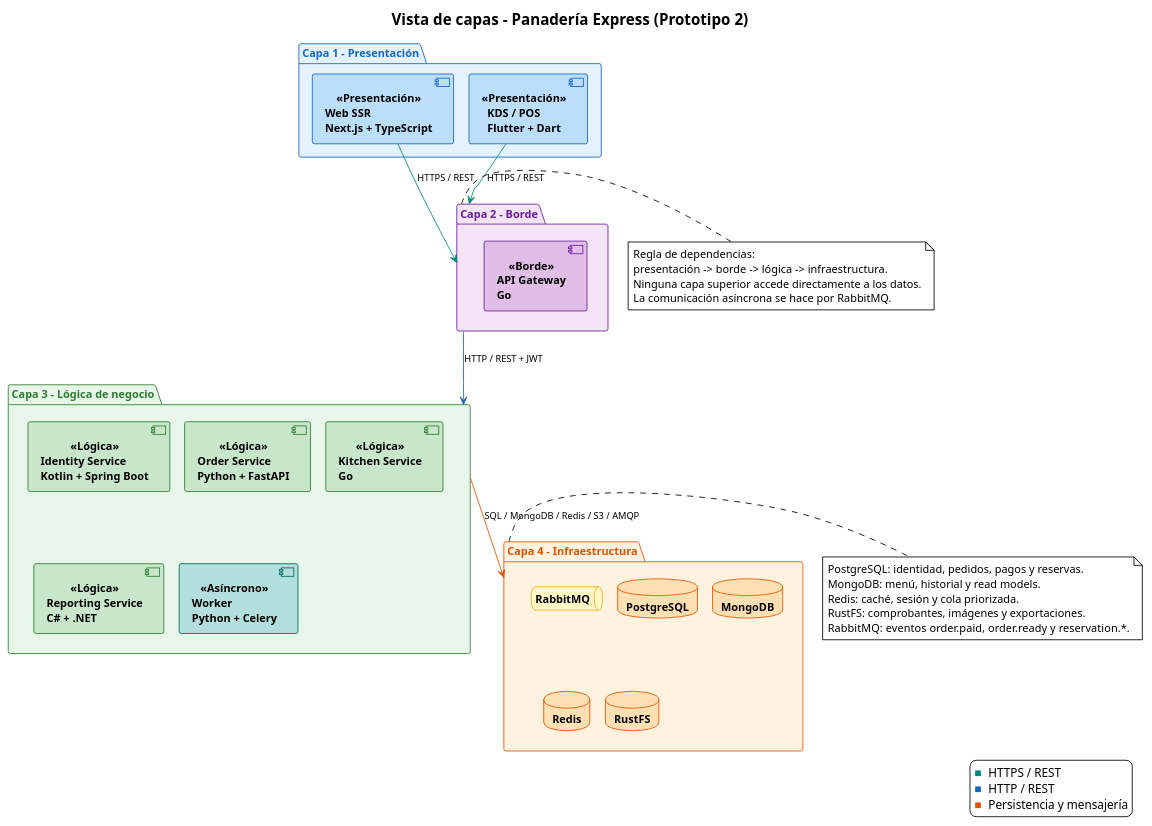
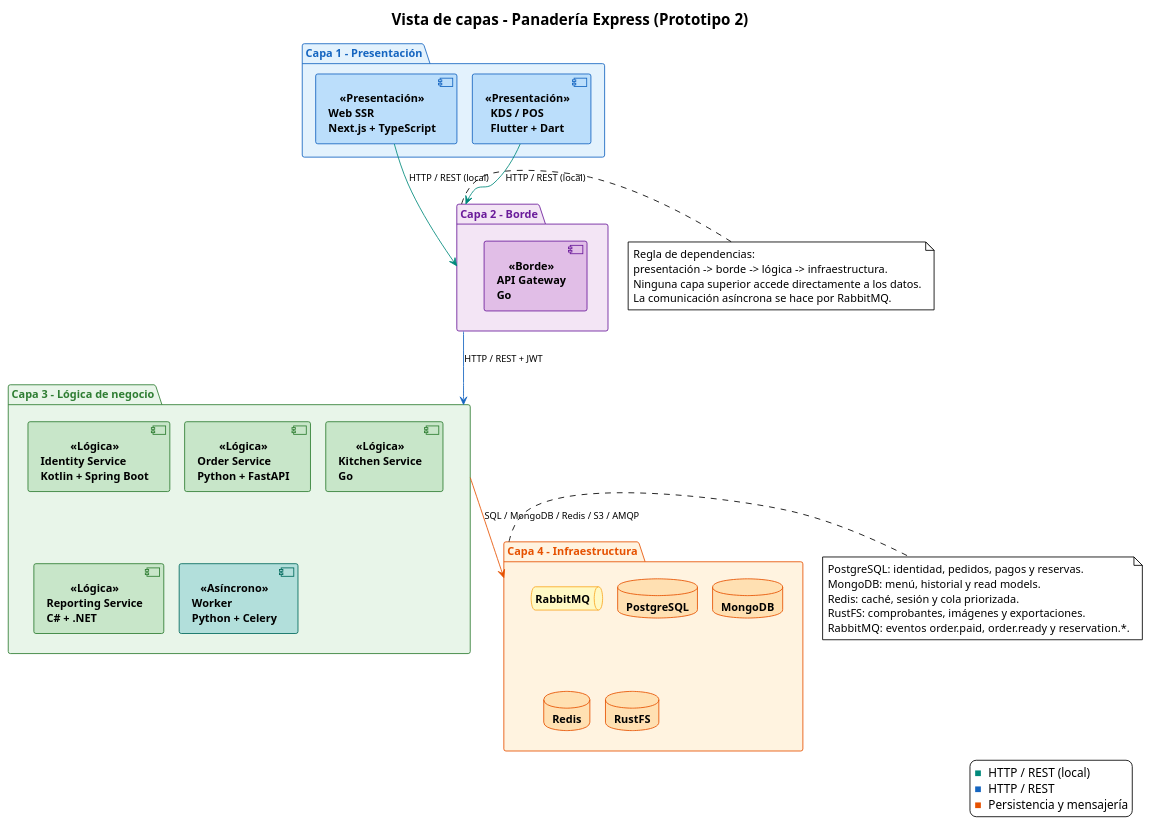
The diagram in g3-H-PanTech/docs/capas P2.puml (unal-sw-arch/swarch-2026ii), drawn with PlantUML before and after one commit. The commit also changed 19 other files, not shown here.

Commit message:
fix: align prototype 2 services and architecture

```diff
--- a/g3-H-PanTech/docs/capas P2.puml
+++ b/g3-H-PanTech/docs/capas P2.puml
@@ -1,94 +1,94 @@
 @startuml
 !theme plain
 top to bottom direction
 skinparam componentStyle uml2
 skinparam shadowing false
 skinparam defaultFontSize 13
 skinparam nodesep 18
 skinparam ranksep 40
 skinparam ArrowFontSize 11
 skinparam titleFontSize 18
 skinparam titleFontStyle bold
 
 skinparam package {
   FontStyle bold
   BackgroundColor transparent
   BorderColor #9E9E9E
 }
 skinparam component {
   BackgroundColor<<Presentación>> #BBDEFB
   BorderColor<<Presentación>> #1565C0
   BackgroundColor<<Borde>> #E1BEE7
   BorderColor<<Borde>> #6A1B9A
   BackgroundColor<<Lógica>> #C8E6C9
   BorderColor<<Lógica>> #2E7D32
   BackgroundColor<<Asíncrono>> #B2DFDB
   BorderColor<<Asíncrono>> #00695C
   FontStyle bold
 }
 skinparam queue {
   BackgroundColor #FFF9C4
   BorderColor #F9A825
   FontStyle bold
 }
 skinparam database {
   BackgroundColor #FFE0B2
   BorderColor #E65100
   FontStyle bold
 }
 
 title Vista de capas - Panadería Express (Prototipo 2)
 
 package "Capa 1 - Presentación" as P #E3F2FD;line:1565C0;text:1565C0 {
   component "Web SSR\nNext.js + TypeScript" as Web <<Presentación>>
   component "KDS / POS\nFlutter + Dart" as KDS <<Presentación>>
 }
 
 package "Capa 2 - Borde" as E #F3E5F5;line:6A1B9A;text:6A1B9A {
   component "API Gateway\nGo" as GW <<Borde>>
 }
 
 package "Capa 3 - Lógica de negocio" as L #E8F5E9;line:2E7D32;text:2E7D32 {
   component "Identity Service\nKotlin + Spring Boot" as Identity <<Lógica>>
   component "Order Service\nPython + FastAPI" as Order <<Lógica>>
   component "Kitchen Service\nGo" as Kitchen <<Lógica>>
   component "Reporting Service\nC# + .NET" as Reporting <<Lógica>>
   component "Worker\nPython + Celery" as Worker <<Asíncrono>>
 }
 
 package "Capa 4 - Infraestructura" as I #FFF3E0;line:E65100;text:E65100 {
   queue "RabbitMQ" as MQ
   database "PostgreSQL" as PG
   database "MongoDB" as Mongo
   database "Redis" as Redis
   database "RustFS" as RustFS
 }
 
 ' Dependencias permitidas entre capas
-Web -[#00897B]down-> E : HTTPS / REST
-KDS -[#00897B]down-> E : HTTPS / REST
+Web -[#00897B]down-> E : HTTP / REST (local)
+KDS -[#00897B]down-> E : HTTP / REST (local)
 E -[#1565C0]down-> L : HTTP / REST + JWT
 L -[#E65100]down-> I : SQL / MongoDB / Redis / S3 / AMQP
 
 note right of E
   Regla de dependencias:
   presentación -> borde -> lógica -> infraestructura.
   Ninguna capa superior accede directamente a los datos.
   La comunicación asíncrona se hace por RabbitMQ.
 end note
 
 note right of I
   PostgreSQL: identidad, pedidos, pagos y reservas.
   MongoDB: menú, historial y read models.
   Redis: caché, sesión y cola priorizada.
   RustFS: comprobantes, imágenes y exportaciones.
   RabbitMQ: eventos order.paid, order.ready y reservation.*.
 end note
 
 legend right
-  <color:#00897B>■</color> HTTPS / REST
+  <color:#00897B>■</color> HTTP / REST (local)
   <color:#1565C0>■</color> HTTP / REST
   <color:#E65100>■</color> Persistencia y mensajería
 endlegend
 
 @enduml
```
